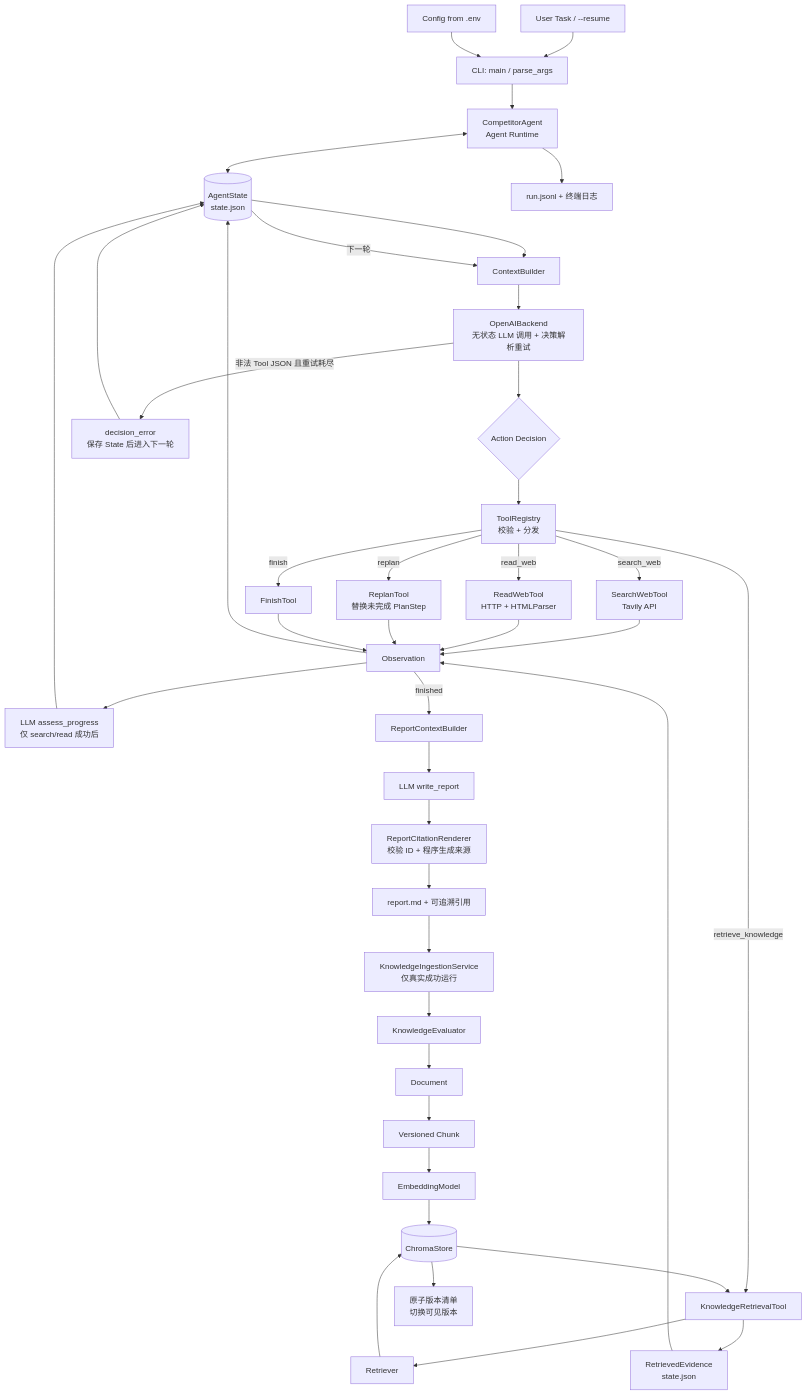
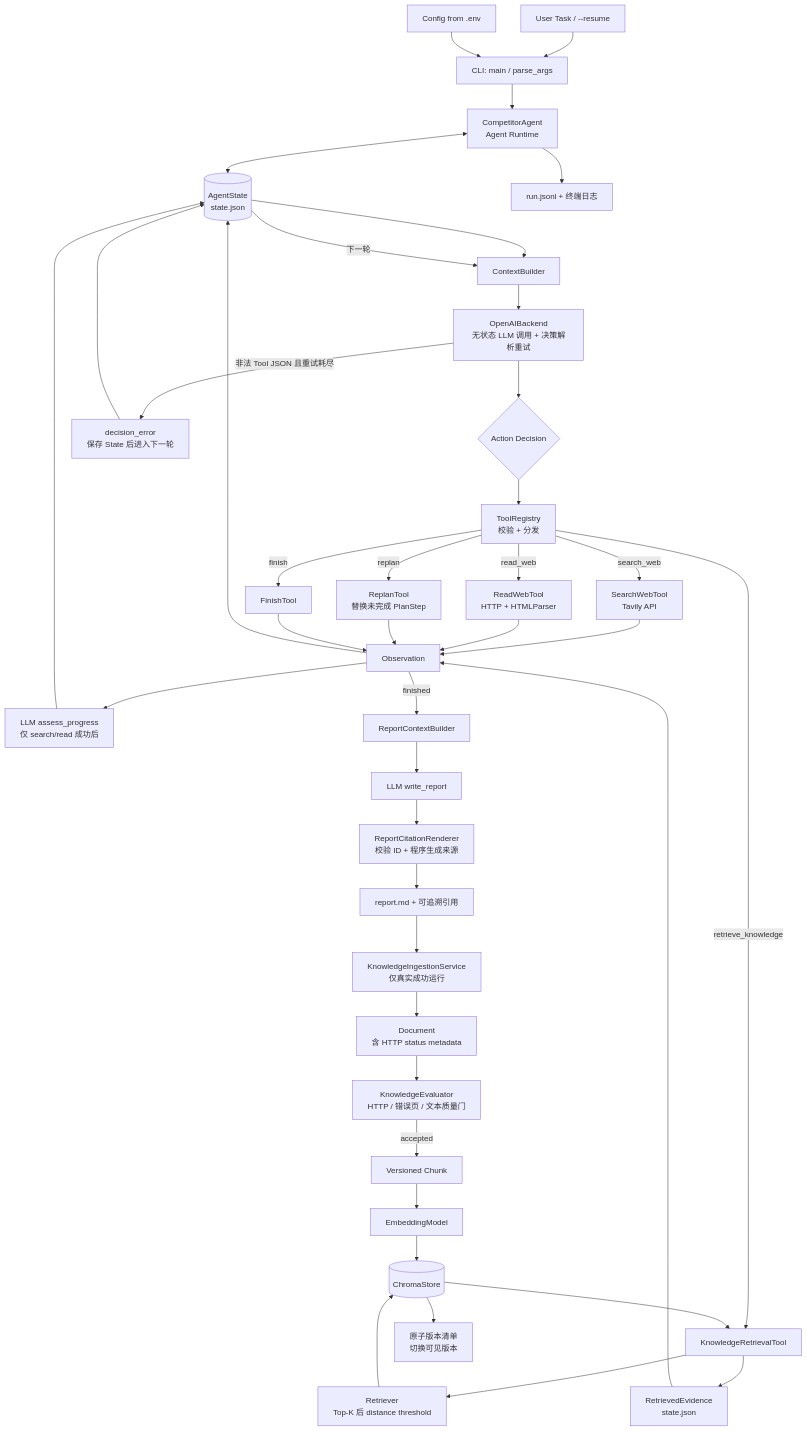
Before and after one commit to chiye0916/agent-competitor: the first of 3 diagrams in docs/ARCHITECTURE.md, drawn with Mermaid. The commit also changed other lines of this file and 29 other files, not shown here.

Commit message:
fix: improve knowledge ingestion quality and retrieval threshold

````diff
--- a/docs/ARCHITECTURE.md
+++ b/docs/ARCHITECTURE.md
@@ -9,43 +9,43 @@
 ```mermaid
 flowchart TD
     U[User Task / --resume] --> CLI[CLI: main / parse_args]
     CFG[Config from .env] --> CLI
     CLI --> A[CompetitorAgent<br/>Agent Runtime]
     A <--> S[(AgentState<br/>state.json)]
     S --> C[ContextBuilder]
     C --> L[OpenAIBackend<br/>无状态 LLM 调用 + 决策解析重试]
     L --> D{Action Decision}
     L -->|非法 Tool JSON 且重试耗尽| DE[decision_error<br/>保存 State 后进入下一轮]
     DE --> S
     D --> TR[ToolRegistry<br/>校验 + 分发]
     TR -->|search_web| SW[SearchWebTool<br/>Tavily API]
     TR -->|read_web| RW[ReadWebTool<br/>HTTP + HTMLParser]
     TR -->|retrieve_knowledge| KT[KnowledgeRetrievalTool]
     TR -->|replan| RP[ReplanTool<br/>替换未完成 PlanStep]
     TR -->|finish| FN[FinishTool]
     SW --> O[Observation]
     RW --> O
-    KT --> RET[Retriever]
+    KT --> RET[Retriever<br/>Top-K 后 distance threshold]
     RET --> VS[(ChromaStore)]
     VS --> KT
     KT --> E[RetrievedEvidence<br/>state.json]
     E --> O
     RP --> O
     FN --> O
     O --> PA[LLM assess_progress<br/>仅 search/read 成功后]
     PA --> S
     O --> S
     S -->|下一轮| C
     O -->|finished| RC[ReportContextBuilder]
     RC --> WR[LLM write_report]
     WR --> CR[ReportCitationRenderer<br/>校验 ID + 程序生成来源]
     CR --> R[report.md + 可追溯引用]
     R --> KIS[KnowledgeIngestionService<br/>仅真实成功运行]
-    KIS --> KE[KnowledgeEvaluator]
-    KE --> DOC[Document]
-    DOC --> CH[Versioned Chunk]
+    KIS --> DOC[Document<br/>含 HTTP status metadata]
+    DOC --> KE[KnowledgeEvaluator<br/>HTTP / 错误页 / 文本质量门]
+    KE -->|accepted| CH[Versioned Chunk]
     CH --> EM[EmbeddingModel]
     EM --> VS
     VS --> VM[原子版本清单<br/>切换可见版本]
     A --> J[run.jsonl + 终端日志]
 ```
````
